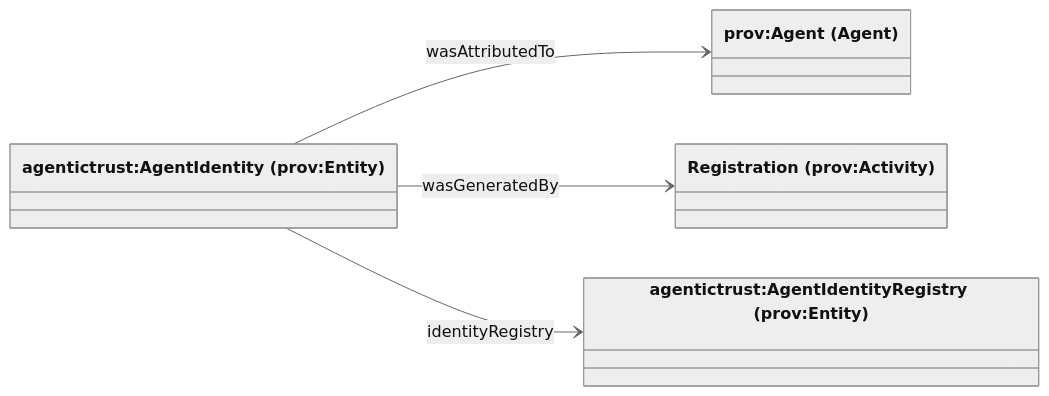
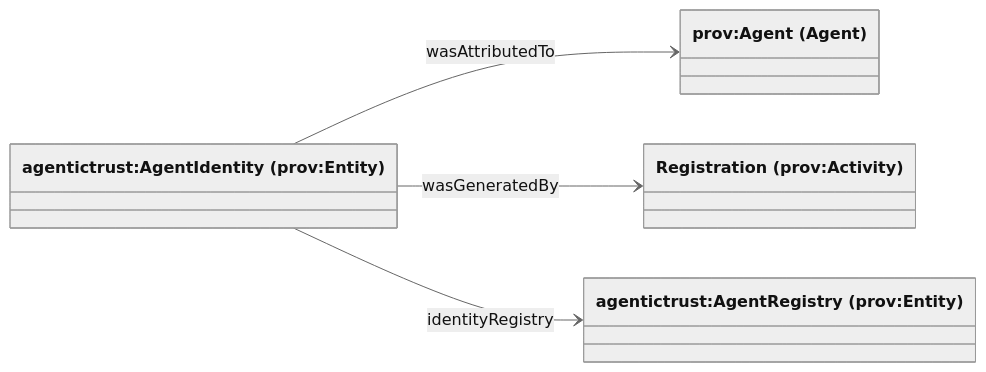
The diagram in docs/ontology/agent-identity.md (Agentic-Trust-Layer/agent-explorer), drawn with Mermaid (neutral theme) before and after one commit. The commit also changed other lines of this file and 7 other files, not shown here.

Commit message:
changed AgentIdentityRegistry to AgentRegistry and updated agent application verification documentation

````diff
--- a/docs/ontology/agent-identity.md
+++ b/docs/ontology/agent-identity.md
@@ -180,13 +180,13 @@
 ```mermaid
 classDiagram
 direction LR
 
 class Agent["prov:Agent (Agent)"]
 class AgentIdentity["agentictrust:AgentIdentity (prov:Entity)"]
-class AgentIdentityRegistry["agentictrust:AgentIdentityRegistry (prov:Entity)"]
+class AgentRegistry["agentictrust:AgentRegistry (prov:Entity)"]
 class Registration["Registration (prov:Activity)"]
 
 AgentIdentity --> Agent : wasAttributedTo
 AgentIdentity --> Registration : wasGeneratedBy
-AgentIdentity --> AgentIdentityRegistry : identityRegistry
+AgentIdentity --> AgentRegistry : identityRegistry
 ```
````
